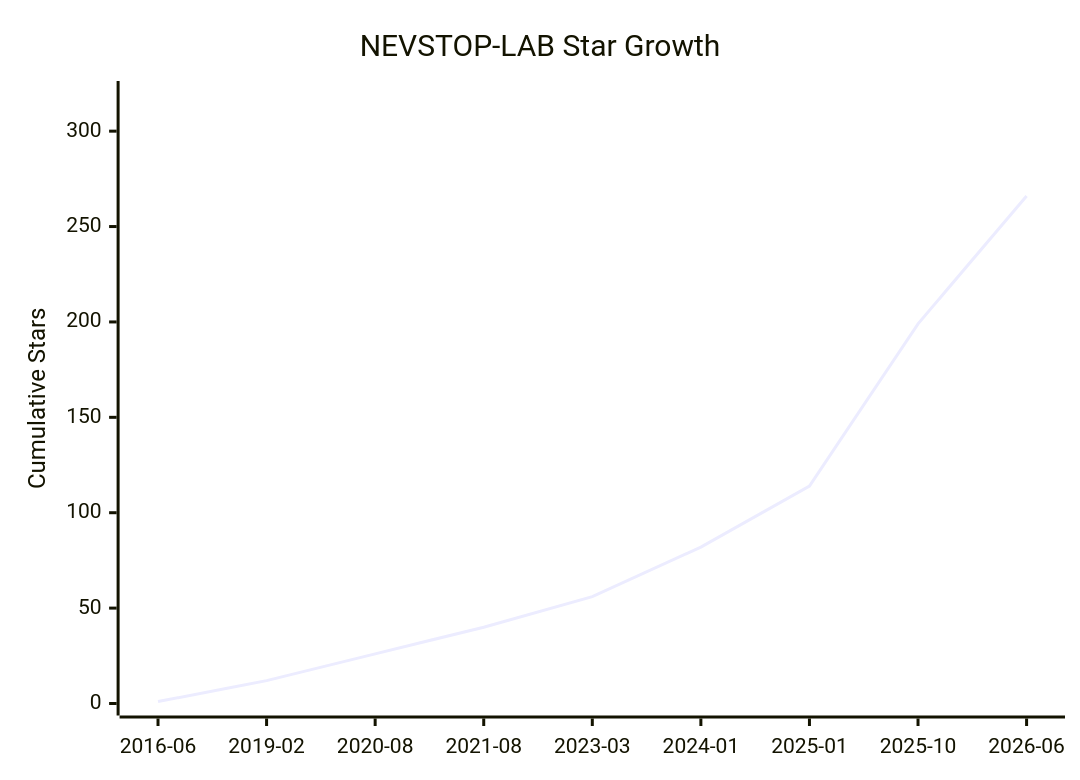
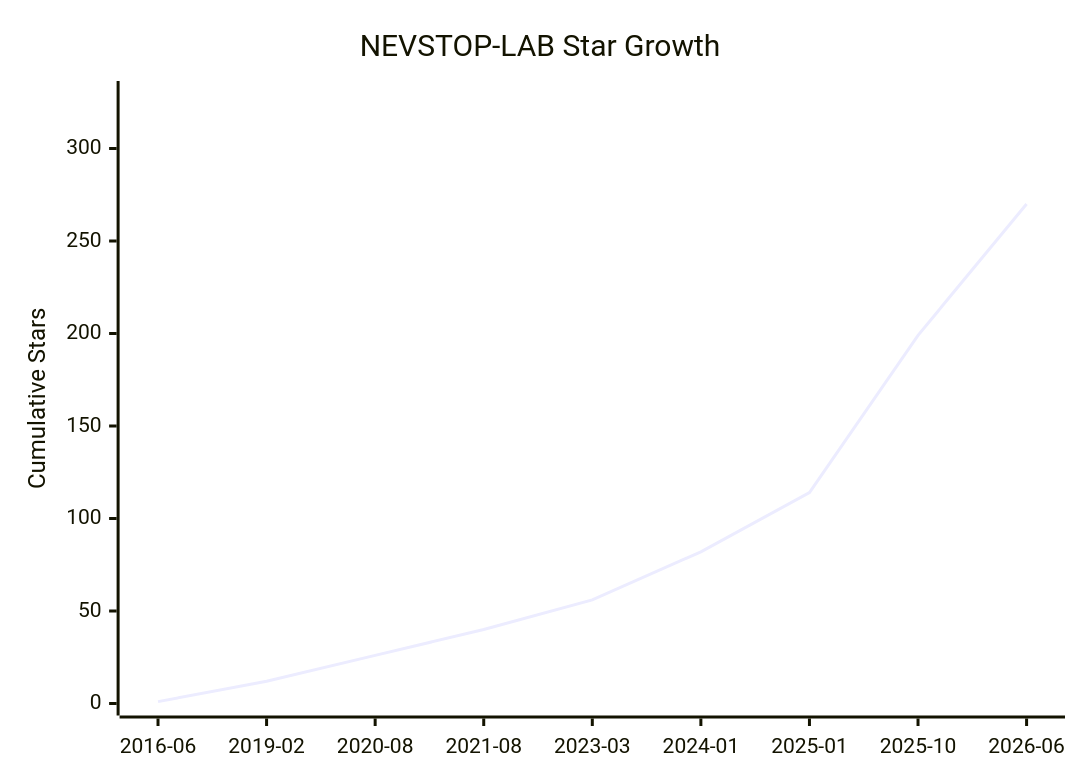
Before and after one commit to NEVSTOP-LAB/.github: the diagram in Star-History.md, drawn with Mermaid. The commit also changed other lines of this file, not shown here.

````diff
--- a/Star-History.md
+++ b/Star-History.md
@@ -8,7 +8,7 @@
 ```mermaid
 xychart-beta
     title "NEVSTOP-LAB Star Growth"
     x-axis ["2016-06", "2019-02", "2020-08", "2021-08", "2023-03", "2024-01", "2025-01", "2025-10", "2026-06"]
-    y-axis "Cumulative Stars" 0 --> 320
-    line [1, 12, 26, 40, 56, 82, 114, 199, 266]
+    y-axis "Cumulative Stars" 0 --> 330
+    line [1, 12, 26, 40, 56, 82, 114, 199, 270]
 ```
````
